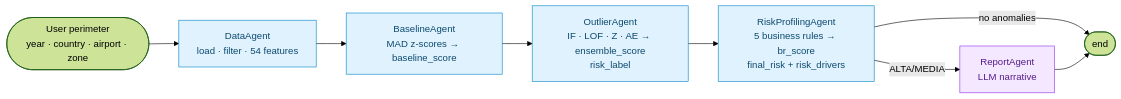
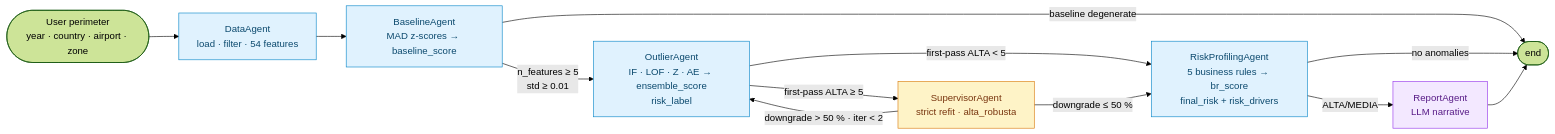
One commit to DanieleGiovanardi2408/BackPropBandits-815601- changed the first of 2 diagrams in README.md. Above: the diagram before and after it, drawn with Mermaid (forest theme). The commit also changed other lines of this file, not shown here.

````diff
--- a/README.md
+++ b/README.md
@@ -76,14 +77,21 @@
 ```mermaid
 flowchart LR
     U([User perimeter<br/>year · country · airport · zone]) --> D
     D[DataAgent<br/>load · filter · 54 features] --> B
-    B[BaselineAgent<br/>MAD z-scores → baseline_score] --> O
-    O[OutlierAgent<br/>IF · LOF · Z · AE → ensemble_score<br/>risk_label] --> R
-    R[RiskProfilingAgent<br/>5 business rules → br_score<br/>final_risk + risk_drivers] -- ALTA/MEDIA --> RP[ReportAgent<br/>LLM narrative]
-    R -- no anomalies --> END([end])
+    B[BaselineAgent<br/>MAD z-scores → baseline_score]
+    B -- "n_features ≥ 5<br/>std ≥ 0.01" --> O[OutlierAgent<br/>IF · LOF · Z · AE → ensemble_score<br/>risk_label]
+    B -- "baseline degenerate" --> END([end])
+    O -- "first-pass ALTA ≥ 5" --> S[SupervisorAgent<br/>strict refit · alta_robusta]
+    O -- "first-pass ALTA &lt; 5" --> R
+    S -- "downgrade ≤ 50 %" --> R[RiskProfilingAgent<br/>5 business rules → br_score<br/>final_risk + risk_drivers]
+    S -- "downgrade > 50 % · iter &lt; 2" --> O
+    R -- "ALTA/MEDIA" --> RP[ReportAgent<br/>LLM narrative]
+    R -- "no anomalies" --> END
     RP --> END
     classDef det fill:#e0f2fe,stroke:#0284c7,color:#0c4a6e
+    classDef ver fill:#fef3c7,stroke:#d97706,color:#78350f
     classDef llm fill:#f3e8ff,stroke:#9333ea,color:#581c87
     class D,B,O,R det
+    class S ver
     class RP llm
 ```
````
